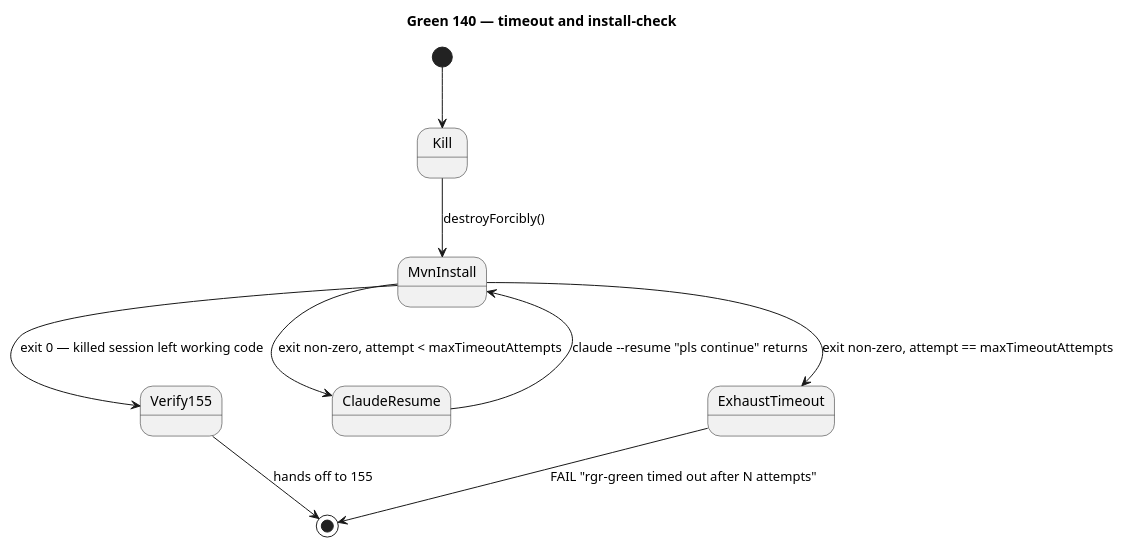
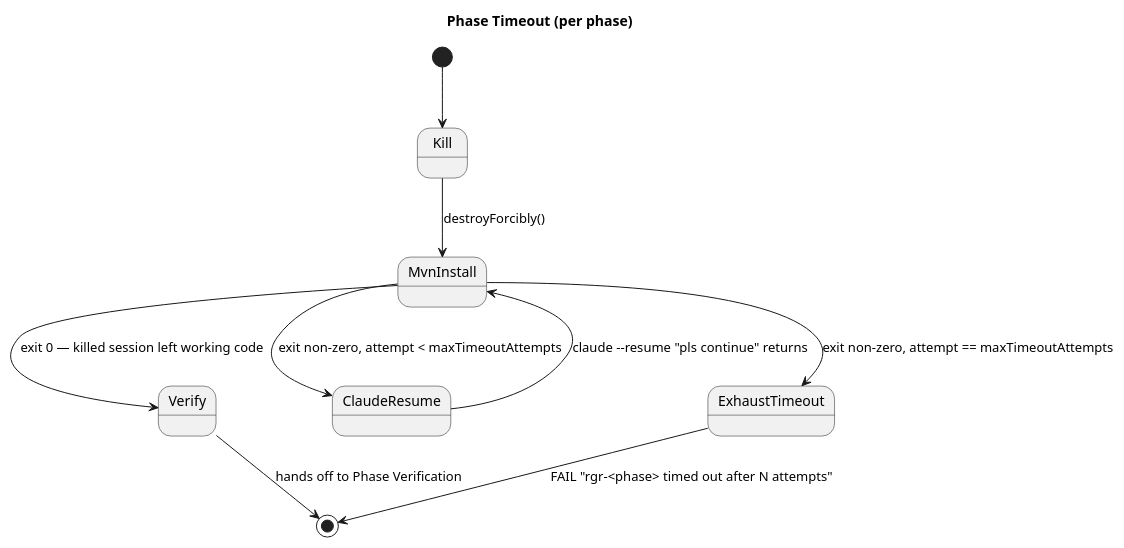
Before and after one commit to farhan5248/sheep-dog-qa: the eighth of 11 diagrams in sheep-dog-features/src/test/resources/asciidoc/specs/Darmok/model.md, drawn with PlantUML. The commit also changed other lines of this file and 17 other files, not shown here.

````diff
--- a/sheep-dog-features/src/test/resources/asciidoc/specs/Darmok/model.md
+++ b/sheep-dog-features/src/test/resources/asciidoc/specs/Darmok/model.md
@@ -229,15 +264,15 @@
 ```plantuml
 @startuml
-title Green 140 — timeout and install-check
+title Phase Timeout (per phase)
 
 [*] --> Kill
 Kill --> MvnInstall : destroyForcibly()
-MvnInstall --> Verify155 : exit 0 — killed session left working code
+MvnInstall --> Verify : exit 0 — killed session left working code
 MvnInstall --> ClaudeResume : exit non-zero, attempt < maxTimeoutAttempts
 MvnInstall --> ExhaustTimeout : exit non-zero, attempt == maxTimeoutAttempts
 ClaudeResume --> MvnInstall : claude --resume "pls continue" returns
-ExhaustTimeout --> [*] : FAIL "rgr-green timed out after N attempts"
-Verify155 --> [*] : hands off to 155
+ExhaustTimeout --> [*] : FAIL "rgr-<phase> timed out after N attempts"
+Verify --> [*] : hands off to Phase Verification
 
 @enduml
 ```
````
